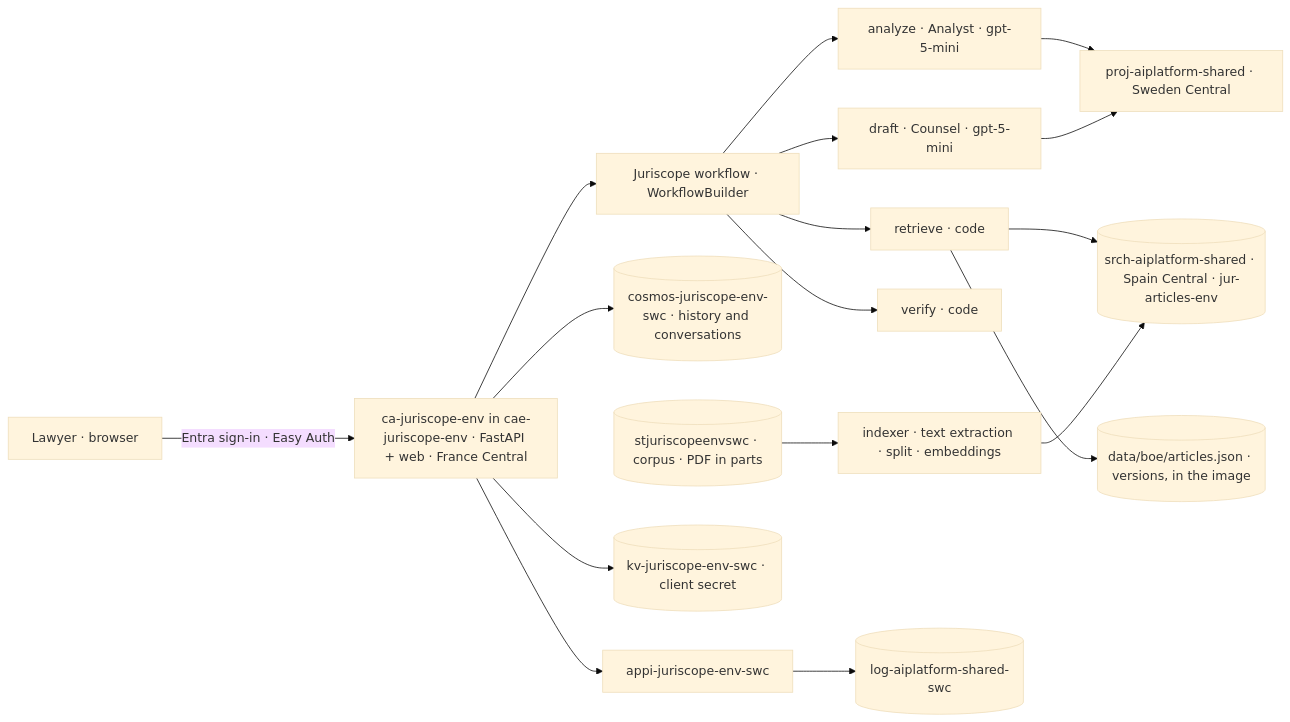
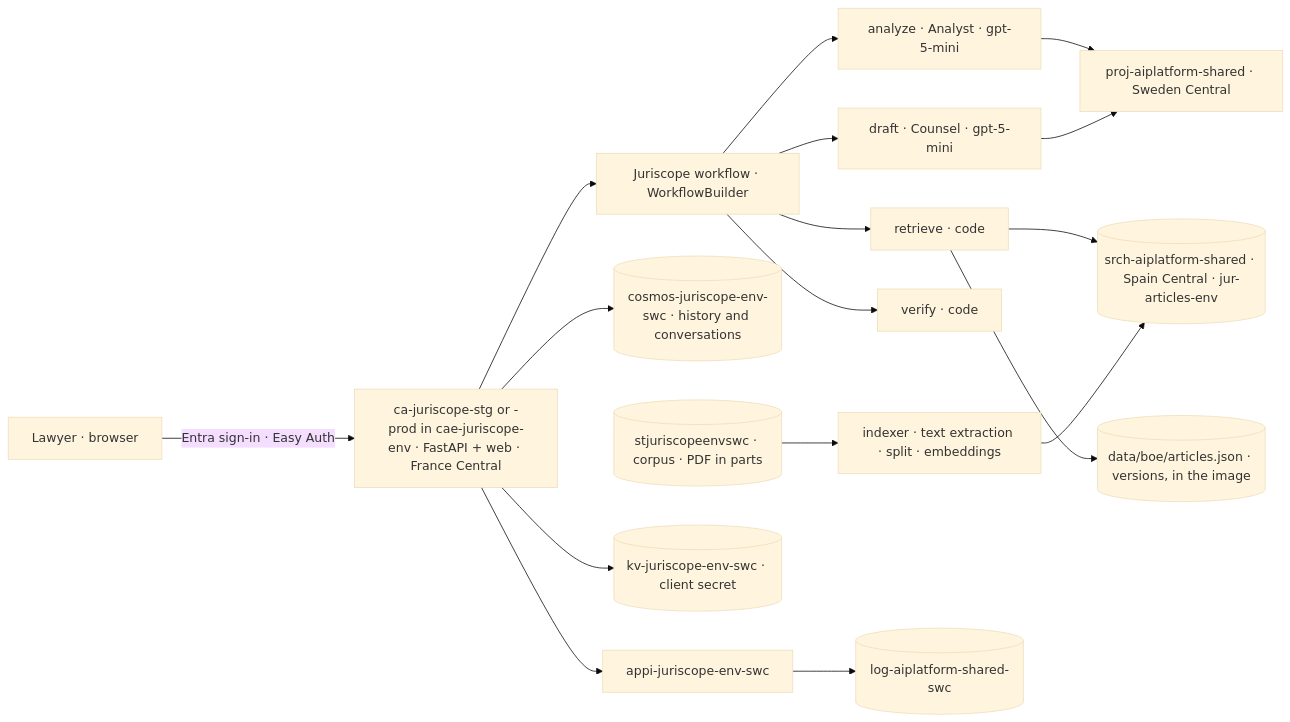
The diagram in docs/architecture.md (Rodrigo-GomezdelMoral/product-legal-juriscope), drawn with Mermaid (base theme) before and after one commit. The commit also changed other lines of this file and 9 other files, not shown here.

````diff
--- a/docs/architecture.md
+++ b/docs/architecture.md
@@ -3,16 +3,16 @@
 ```mermaid
 graph LR
-    U["Lawyer · browser"] -->|Entra sign-in · Easy Auth| CA["ca-juriscope-env in cae-juriscope-env · FastAPI + web · France Central"]
+    U["Lawyer · browser"] -->|Entra sign-in · Easy Auth| CA["ca-juriscope-stg or -prod in cae-juriscope-env · FastAPI + web · France Central"]
     CA --> WF["Juriscope workflow · WorkflowBuilder"]
     WF --> AN["analyze · Analyst · gpt-5-mini"]
     WF --> RT["retrieve · code"]
     WF --> DR["draft · Counsel · gpt-5-mini"]
     WF --> VF["verify · code"]
     RT --> SRCH[("srch-aiplatform-shared · Spain Central · jur-articles-env")]
     RT --> STORE[("data/boe/articles.json · versions, in the image")]
     CA --> COSMOS[("cosmos-juriscope-env-swc · history and conversations")]
     AN & DR --> FDRY["proj-aiplatform-shared · Sweden Central"]
     BLOB[("stjuriscopeenvswc · corpus · PDF in parts")] --> IDXR["indexer · text extraction · split · embeddings"] --> SRCH
     CA --> KV[("kv-juriscope-env-swc · client secret")]
     CA --> APPI["appi-juriscope-env-swc"] --> LAW[("log-aiplatform-shared-swc")]
 ```
````
